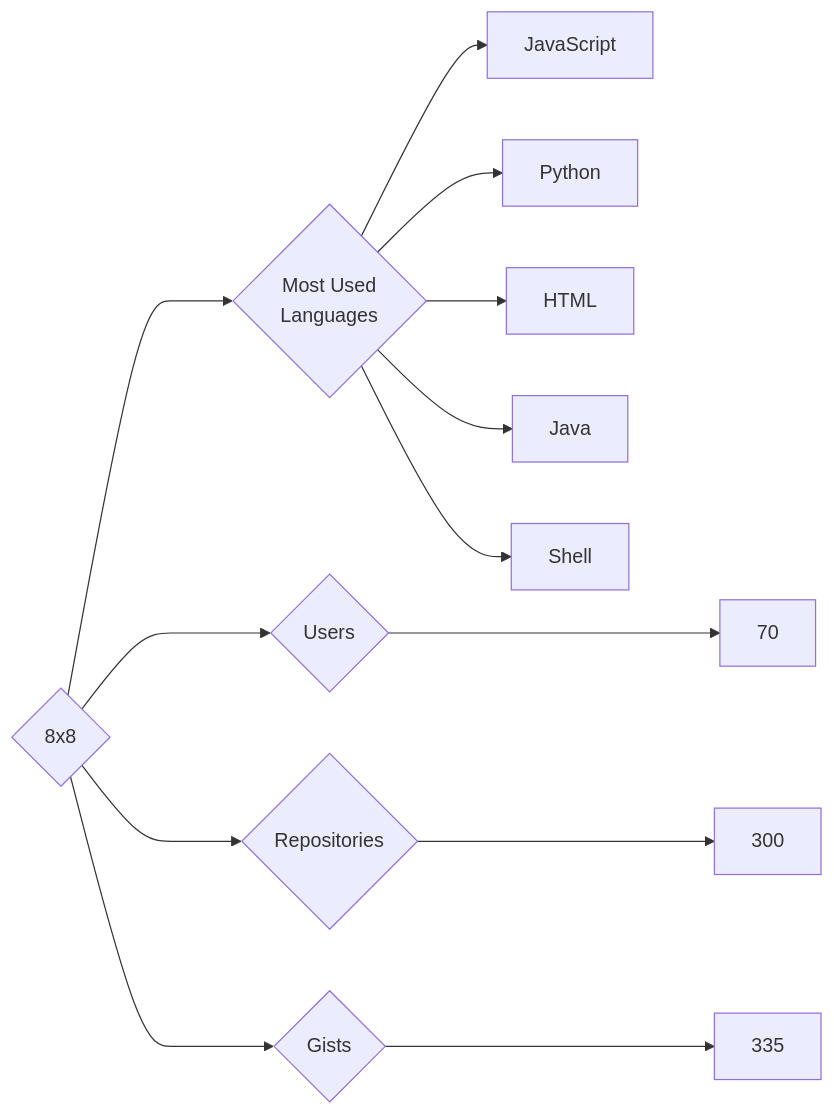
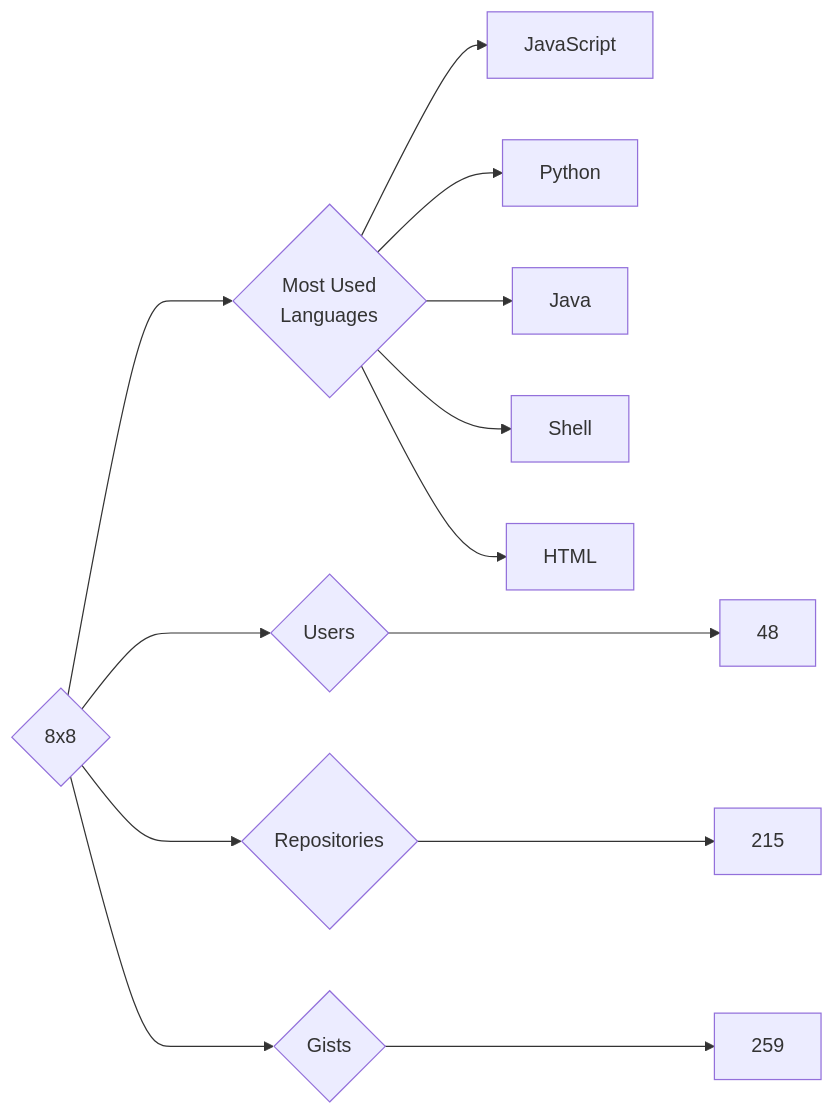
Before and after one commit to trickest/insiders: the diagram in targets/8x8/README.md, drawn with Mermaid. The commit also changed 826 other files, not shown here.

````diff
--- a/targets/8x8/README.md
+++ b/targets/8x8/README.md
@@ -3,13 +3,13 @@
 ```mermaid
 graph LR
 COMPANY_NAME{8x8}
-COMPANY_NAME ---> U{Users} ---> UN[70]
-COMPANY_NAME ---> R{Repositories} ---> RN[300]
-COMPANY_NAME ---> G{Gists} ---> GN[335]
+COMPANY_NAME ---> U{Users} ---> UN[48]
+COMPANY_NAME ---> R{Repositories} ---> RN[215]
+COMPANY_NAME ---> G{Gists} ---> GN[259]
 COMPANY_NAME ---> ML{Most Used<br>Languages}
 ML --> JavaScript[JavaScript]
 ML --> Python[Python]
-ML --> HTML[HTML]
 ML --> Java[Java]
 ML --> Shell[Shell]
+ML --> HTML[HTML]
 ```
````
